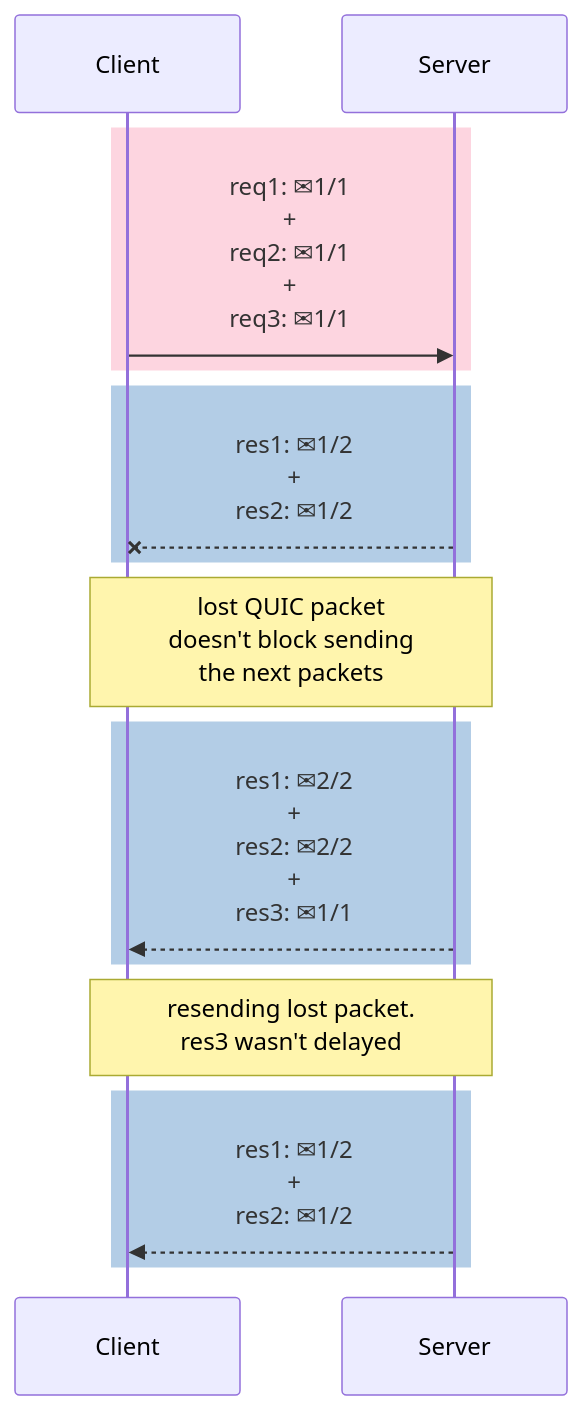
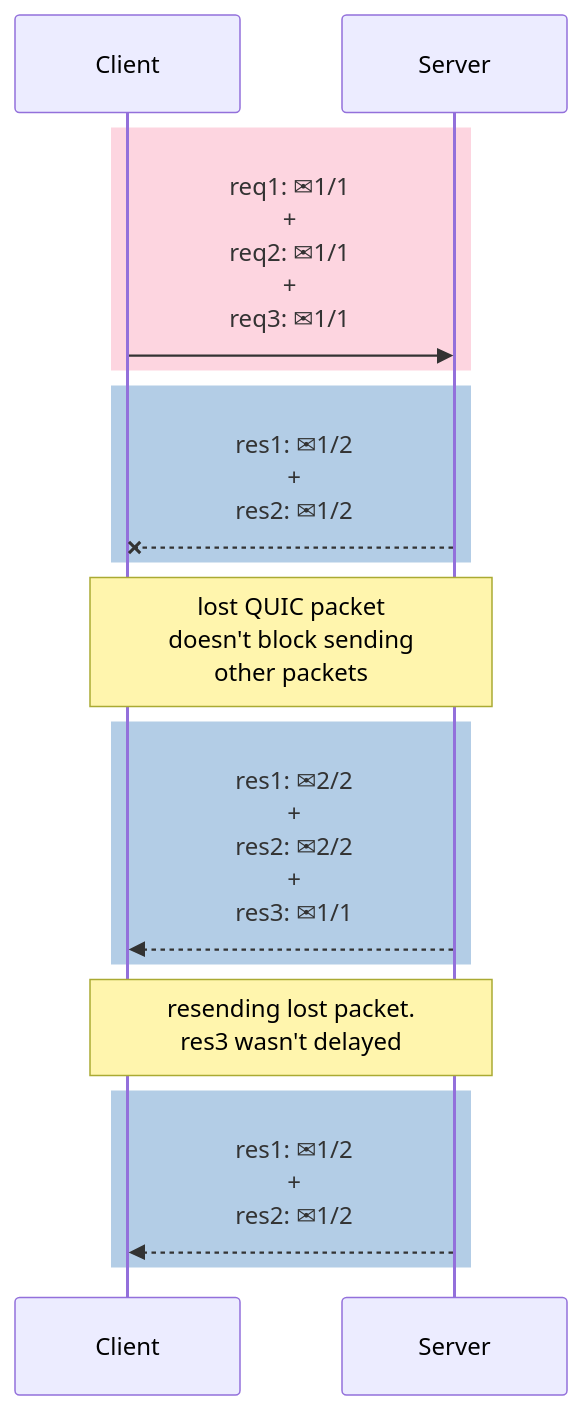
One commit to alexandrehtrb/alexandrehtrb.github.io changed the fourth of 4 diagrams in src/posts/2024/03/http2-and-http3-explained.md. Above: the diagram before and after it, drawn with Mermaid. The commit also changed other lines of this file and 1 other file, not shown here.

````diff
--- a/src/posts/2024/03/http2-and-http3-explained.md
+++ b/src/posts/2024/03/http2-and-http3-explained.md
@@ -178,17 +178,17 @@
 ```mermaid
 sequenceDiagram
     rect rgb(253, 213, 224)
         Client->>Server: req1: #9993;1/1<br>+<br>req2: #9993;1/1<br>+<br>req3: #9993;1/1
     end
     rect rgb(179, 205, 230)
         Server--xClient: res1: #9993;1/2<br>+<br>res2: #9993;1/2
     end
-    Note over Client,Server: lost QUIC packet<br>doesn't block sending<br>the next packets
+    Note over Client,Server: lost QUIC packet<br>doesn't block sending<br>other packets
     rect rgb(179, 205, 230)
         Server-->>Client: res1: #9993;2/2<br>+<br>res2: #9993;2/2<br>+<br>res3: #9993;1/1
     end
     Note over Client,Server: resending lost packet.<br>res3 wasn't delayed
     rect rgb(179, 205, 230)
         Server-->>Client: res1: #9993;1/2<br>+<br>res2: #9993;1/2
     end
 ```
````
